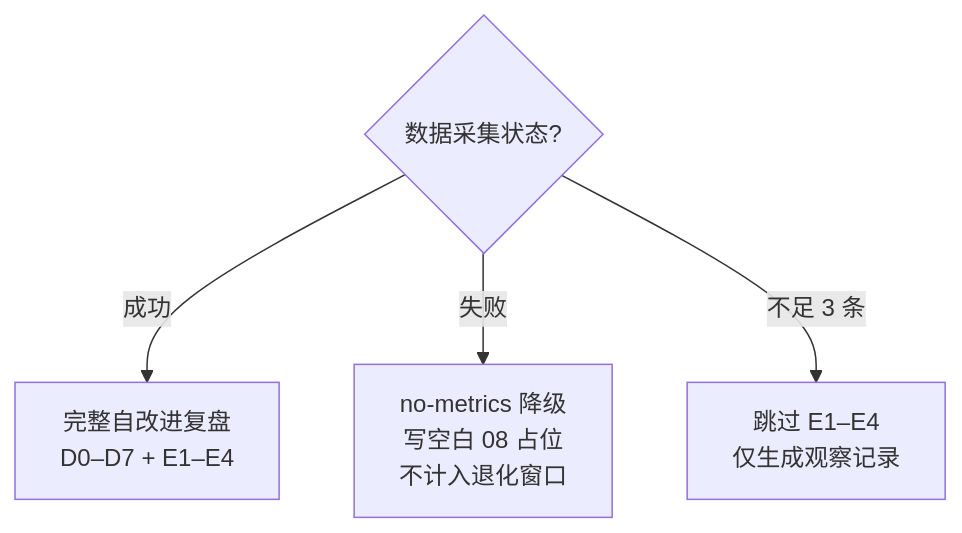
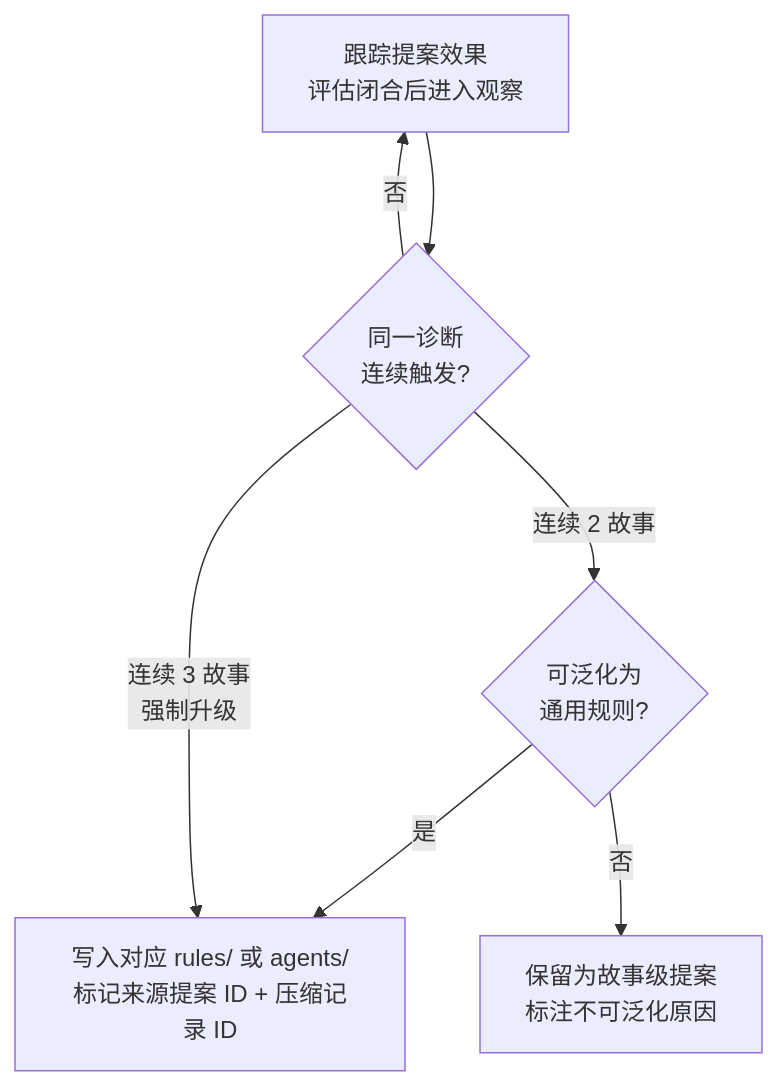
Before and after one commit to effiy/YrY: diagram 12 of 14 in rules/self-improve.md, drawn with Mermaid. The commit also changed other lines of this file and 4 other files, not shown here.

````diff
--- a/rules/self-improve.md
+++ b/rules/self-improve.md
@@ -161,8 +356,10 @@
 ```mermaid
 flowchart TD
-    Q1{"数据采集状态?"}
-    Q1 -->|"成功"| FULL["完整自改进复盘<br/>D0–D7 + E1–E4"]:::ok
-    Q1 -->|"失败"| NOOP["no-metrics 降级<br/>写空白 08 占位<br/>不计入退化窗口"]:::warn
-    Q1 -->|"不足 3 条"| OBS["跳过 E1–E4<br/>仅生成观察记录"]:::warn
+    TRACK["跟踪提案效果<br/>评估闭合后进入观察"]:::wait --> Q1{"同一诊断<br/>连续触发?"}
+    Q1 -->|"连续 2 故事"| Q2{"可泛化为<br/>通用规则?"}
+    Q1 -->|"否"| TRACK
+    Q2 -->|"是"| UPGRADE["写入对应 rules/ 或 agents/<br/>标记来源提案 ID + 压缩记录 ID"]:::up
+    Q2 -->|"否"| KEEP["保留为故事级提案<br/>标注不可泛化原因"]:::keep
+    Q1 -->|"连续 3 故事<br/>强制升级"| UPGRADE
 
 ```
````
